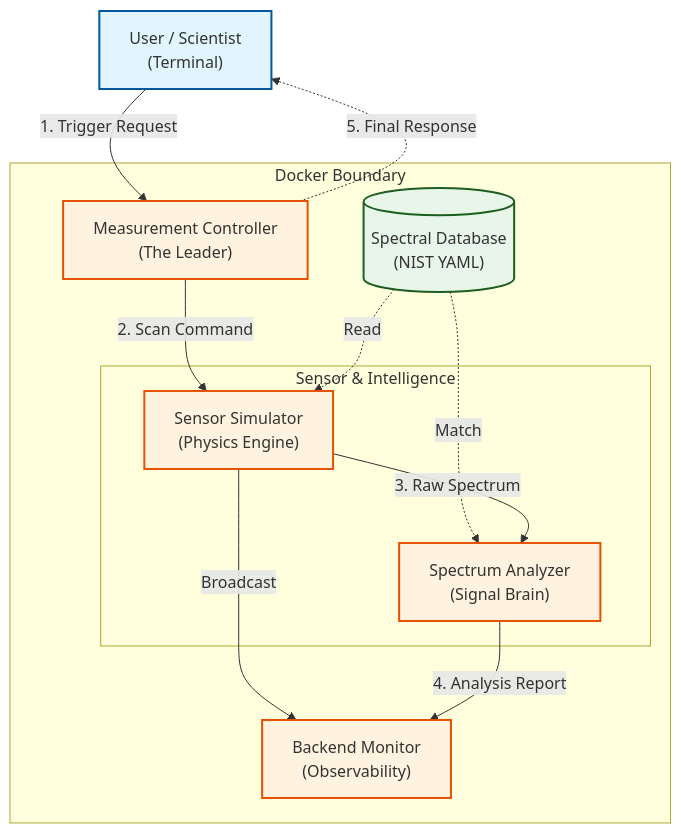
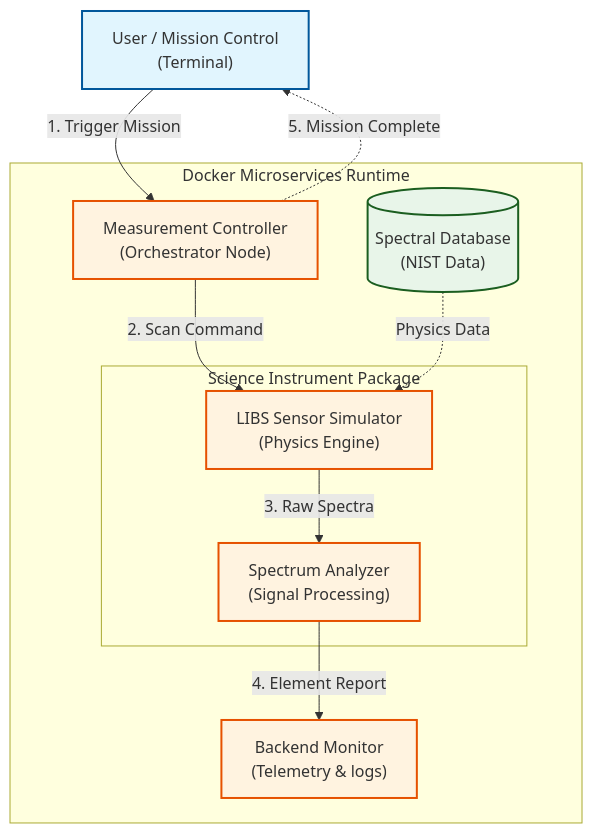
One commit to Omkarkkale/SCOUT_ROVER changed the diagram in README.md. Above: the diagram before and after it, drawn with Mermaid. The commit also changed other lines of this file and 1 other file, not shown here.

````diff
--- a/README.md
+++ b/README.md
@@ -30,39 +35,31 @@
 ```mermaid
 graph TD
     %% Styling
     classDef user fill:#e1f5fe,stroke:#01579b,stroke-width:2px;
     classDef node fill:#fff3e0,stroke:#e65100,stroke-width:2px;
     classDef data fill:#e8f5e9,stroke:#1b5e20,stroke-width:2px;
-    classDef docker fill:#f5f5f5,stroke:#333,stroke-width:2px,stroke-dasharray: 5 5;
 
     %% Outside Docker
-    User["User / Scientist<br/>(Terminal)"]:::user
+    User["User / Mission Control<br/>(Terminal)"]:::user
 
     %% Inside Docker
-    subgraph Docker_Container ["Docker Boundary"]
-        MC["Measurement Controller<br/>(The Leader)"]:::node
+    subgraph Docker_Container ["Docker Microservices Runtime"]
+        MC["Measurement Controller<br/>(Orchestrator Node)"]:::node
         
-        subgraph Sensor_Pipeline ["Sensor & Intelligence"]
-            SS["Sensor Simulator<br/>(Physics Engine)"]:::node
-            SA["Spectrum Analyzer<br/>(Signal Brain)"]:::node
+        subgraph Sensor_Pipeline ["Science Instrument Package"]
+            SS["LIBS Sensor Simulator<br/>(Physics Engine)"]:::node
+            SA["Spectrum Analyzer<br/>(Signal Processing)"]:::node
         end
         
-        DB[("Spectral Database<br/>(NIST YAML)")]:::data
-        
-        Monitor["Backend Monitor<br/>(Observability)"]:::node
+        DB[("Spectral Database<br/>(NIST Data)")]:::data
+        Monitor["Backend Monitor<br/>(Telemetry & logs)"]:::node
     end
 
     %% Communication Flow
-    User -- "1. Trigger Request" --> MC
+    User -- "1. Trigger Mission" --> MC
     MC -- "2. Scan Command" --> SS
-    
-    DB -. "Read" .-> SS
-    DB -. "Match" .-> SA
-    
-    SS -- "3. Raw Spectrum" --> SA
-    SS -- "Broadcast" --> Monitor
-    
-    SA -- "4. Analysis Report" --> Monitor
-    
-    MC -. "5. Final Response" .-> User
+    DB -. "Physics Data" .-> SS
+    SS -- "3. Raw Spectra" --> SA
+    SA -- "4. Element Report" --> Monitor
+    MC -. "5. Mission Complete" .-> User
 ```
````
